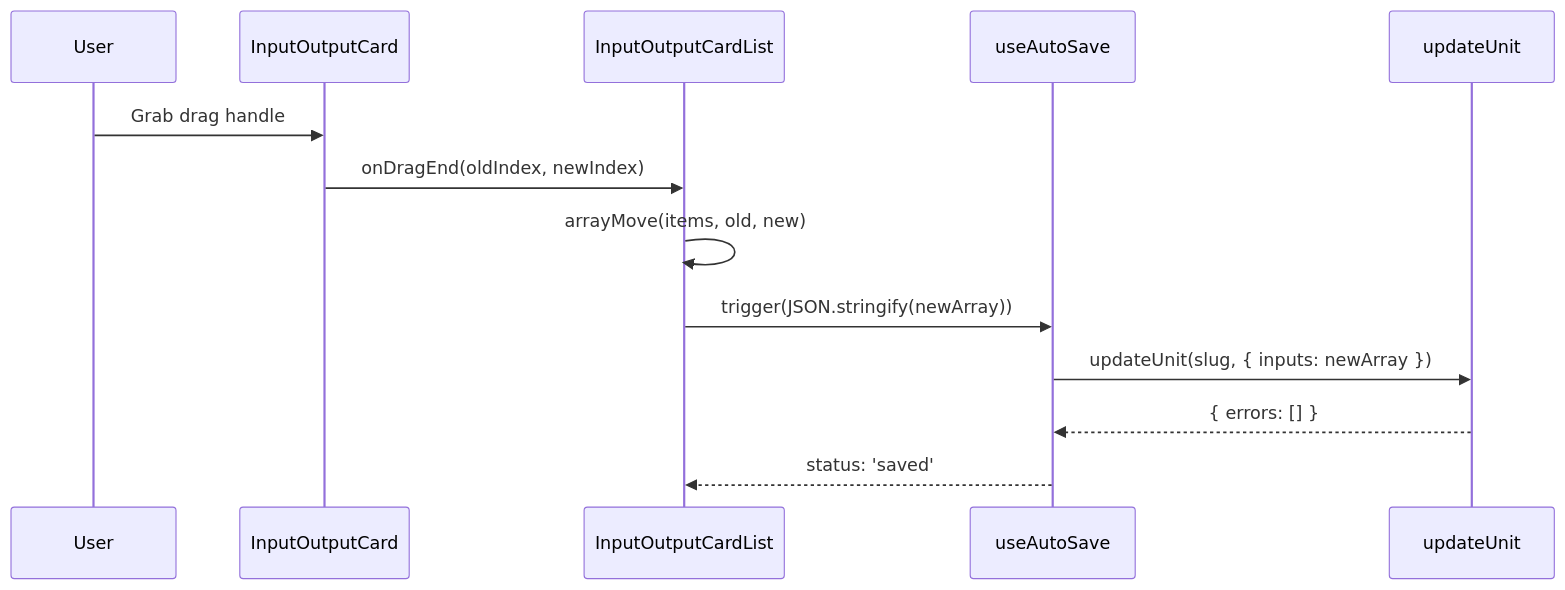
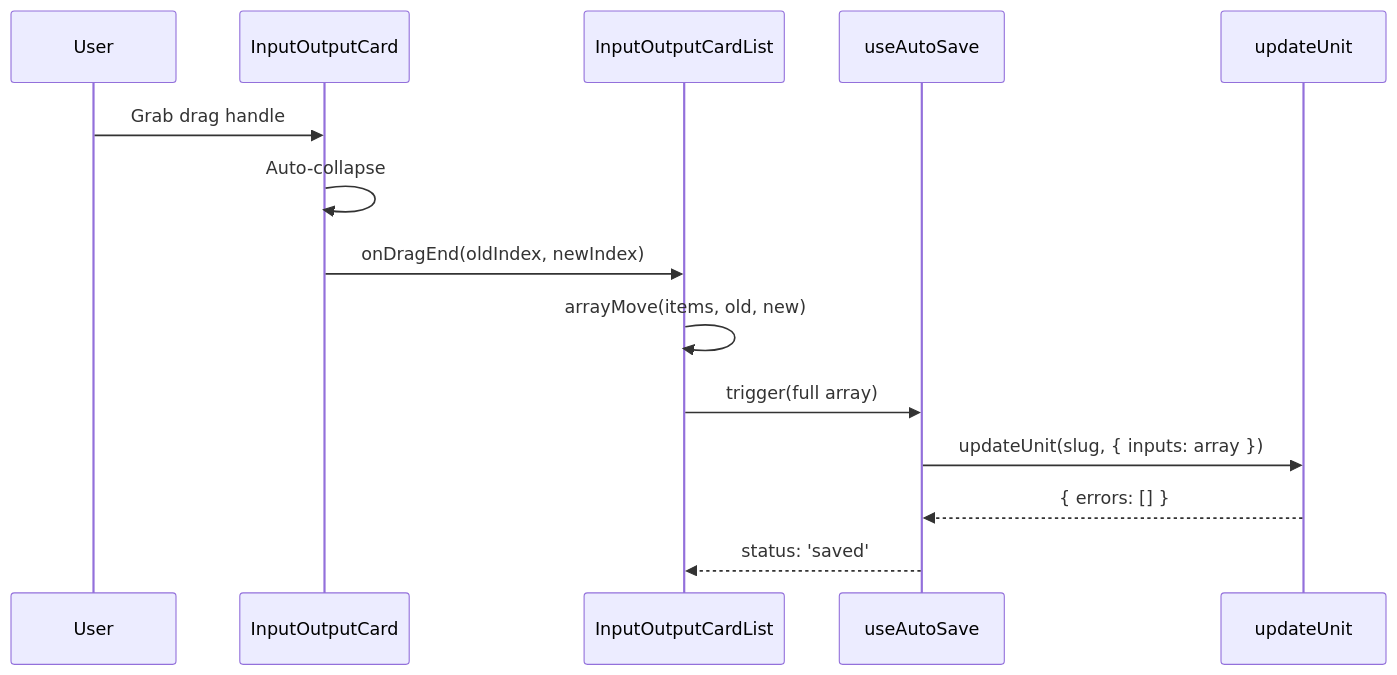
Before and after one commit to AI-Substrate/chainglass: the third of 3 diagrams in docs/plans/058-workunit-editor/tasks/phase-3-inputs-outputs-configuration/tasks.md, drawn with Mermaid. The commit also changed other lines of this file and 1 other file, not shown here.

First line of the commit message:
Plan 058 Phase 3: Regenerated task dossier for inputs/outputs configuration

````diff
--- a/docs/plans/058-workunit-editor/tasks/phase-3-inputs-outputs-configuration/tasks.md
+++ b/docs/plans/058-workunit-editor/tasks/phase-3-inputs-outputs-configuration/tasks.md
@@ -173,16 +172,17 @@
 ```mermaid
 sequenceDiagram
     participant User
     participant Card as InputOutputCard
     participant List as InputOutputCardList
     participant Hook as useAutoSave
     participant Action as updateUnit
 
     User->>Card: Grab drag handle
+    Card->>Card: Auto-collapse
     Card->>List: onDragEnd(oldIndex, newIndex)
     List->>List: arrayMove(items, old, new)
-    List->>Hook: trigger(JSON.stringify(newArray))
-    Hook->>Action: updateUnit(slug, { inputs: newArray })
+    List->>Hook: trigger(full array)
+    Hook->>Action: updateUnit(slug, { inputs: array })
     Action-->>Hook: { errors: [] }
     Hook-->>List: status: 'saved'
 ```
````
